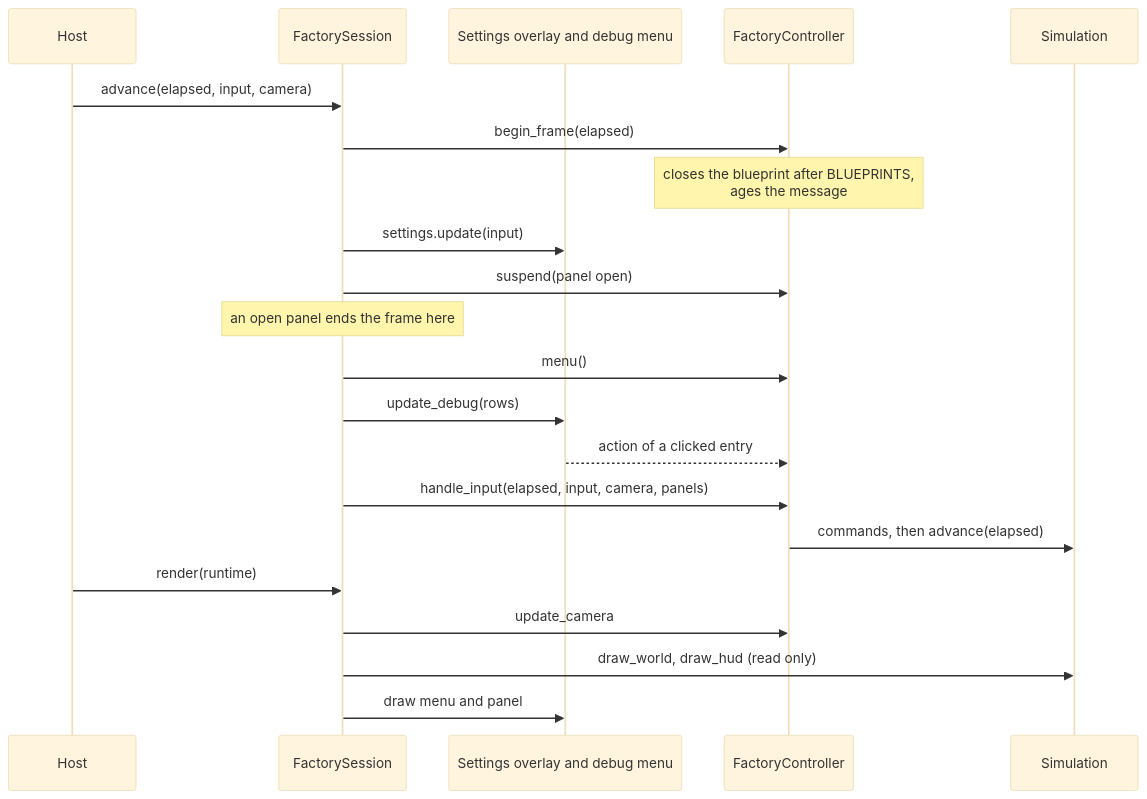
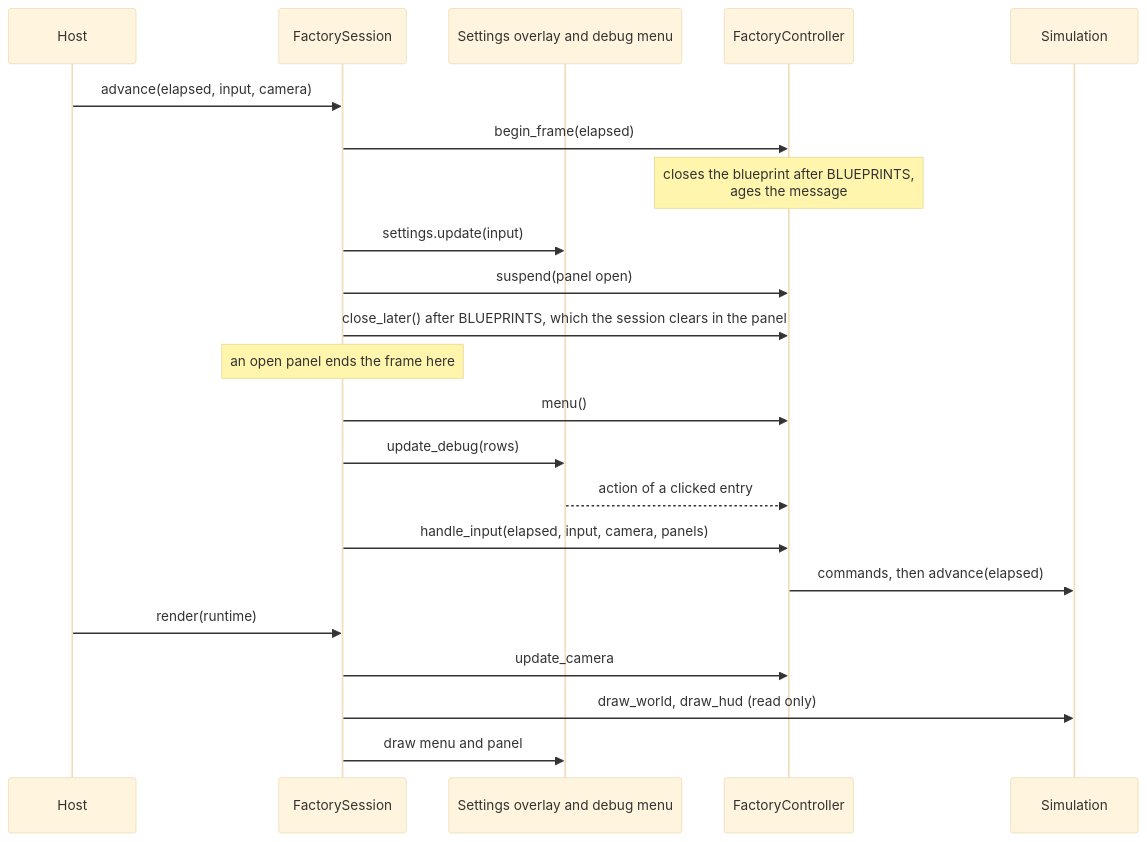
The second of 4 diagrams in labs/i4sim/README.md (SMB-M87/Kinetra-Lab), drawn with Mermaid (base theme) before and after one commit. The commit also changed other lines of this file and 9 other files, not shown here.

````diff
--- a/labs/i4sim/README.md
+++ b/labs/i4sim/README.md
@@ -218,23 +218,24 @@
 ```mermaid
 sequenceDiagram
     participant H as Host
     participant S as FactorySession
     participant P as Settings overlay and debug menu
     participant C as FactoryController
     participant Sim as Simulation
     H->>S: advance(elapsed, input, camera)
     S->>C: begin_frame(elapsed)
     Note over C: closes the blueprint after BLUEPRINTS,<br/>ages the message
     S->>P: settings.update(input)
     S->>C: suspend(panel open)
+    S->>C: close_later() after BLUEPRINTS, which the session clears in the panel
     Note over S: an open panel ends the frame here
     S->>C: menu()
     S->>P: update_debug(rows)
     P-->>C: action of a clicked entry
     S->>C: handle_input(elapsed, input, camera, panels)
     C->>Sim: commands, then advance(elapsed)
     H->>S: render(runtime)
     S->>C: update_camera
     S->>Sim: draw_world, draw_hud (read only)
     S->>P: draw menu and panel
 ```
````
